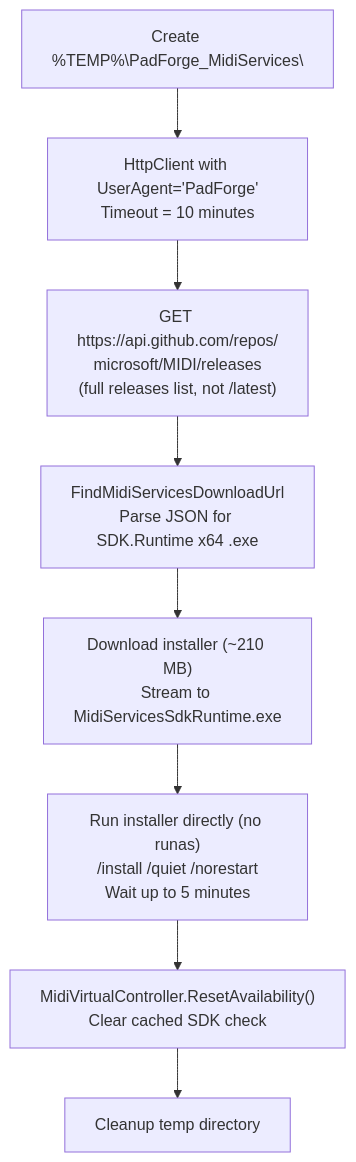
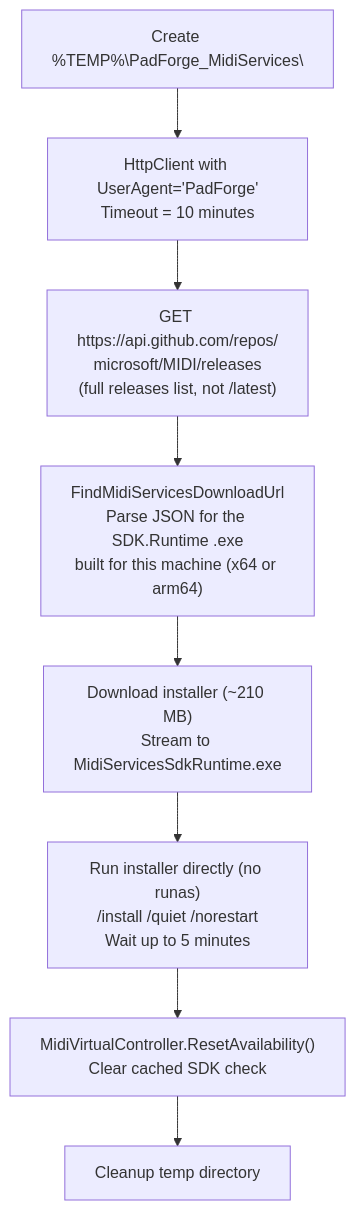
One commit to hifihedgehog/padforge.org changed the second of 3 diagrams in wiki/reference/driver-installation-internals.md. Above: the diagram before and after it, drawn with Mermaid. The commit also changed other lines of this file and 168 other files, not shown here.

````diff
--- a/wiki/reference/driver-installation-internals.md
+++ b/wiki/reference/driver-installation-internals.md
@@ -285,11 +287,11 @@
 ```mermaid
 flowchart TD
     A[Create %TEMP%\PadForge_MidiServices\] --> B
     B["HttpClient with UserAgent='PadForge'<br/>Timeout = 10 minutes"] --> C
     C["GET https://api.github.com/repos/<br/>microsoft/MIDI/releases<br/>(full releases list, not /latest)"] --> D
-    D["FindMidiServicesDownloadUrl<br/>Parse JSON for SDK.Runtime x64 .exe"] --> E
+    D["FindMidiServicesDownloadUrl<br/>Parse JSON for the SDK.Runtime .exe<br/>built for this machine (x64 or arm64)"] --> E
     E["Download installer (~210 MB)<br/>Stream to MidiServicesSdkRuntime.exe"] --> F
     F["Run installer directly (no runas)<br/>/install /quiet /norestart<br/>Wait up to 5 minutes"] --> G
     G["MidiVirtualController.ResetAvailability()<br/>Clear cached SDK check"] --> H
     H[Cleanup temp directory]
 ```
````
